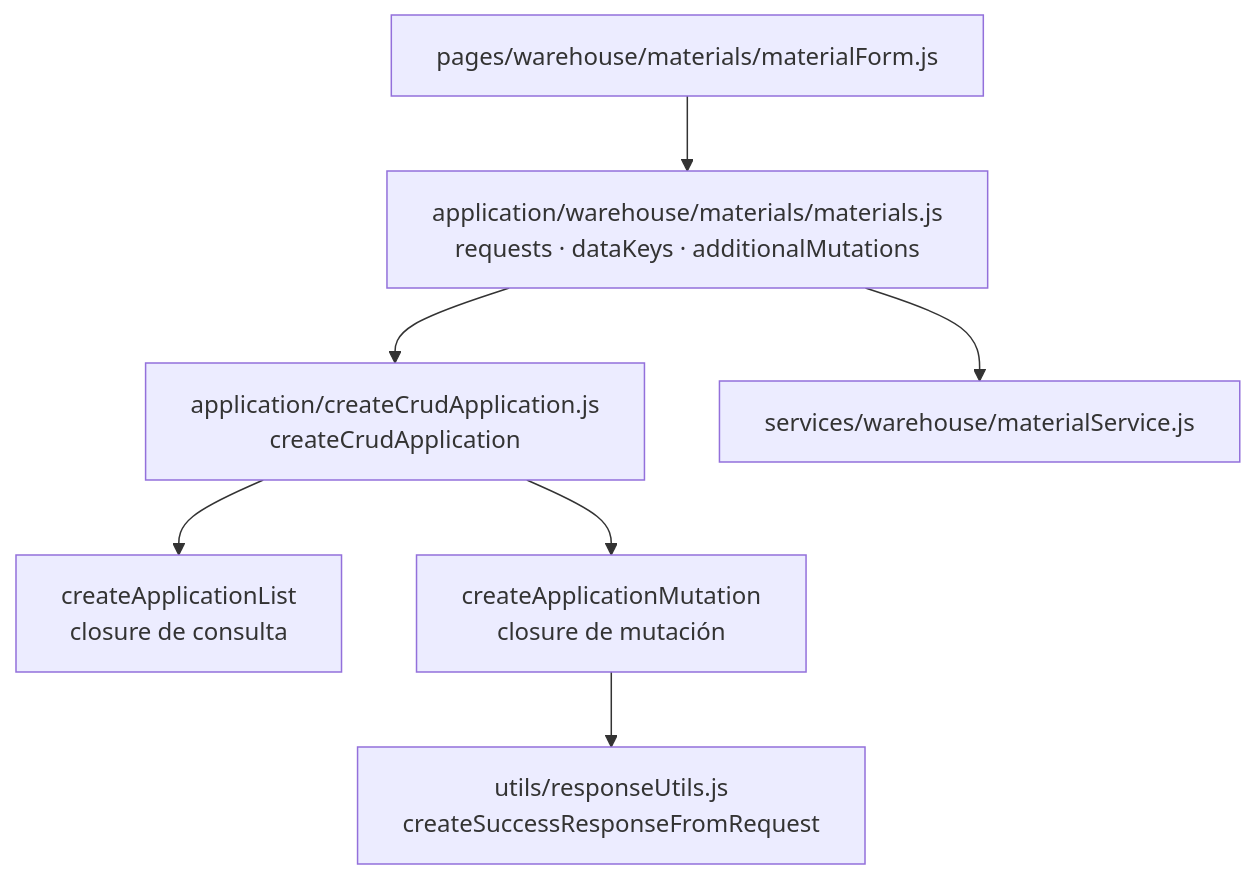
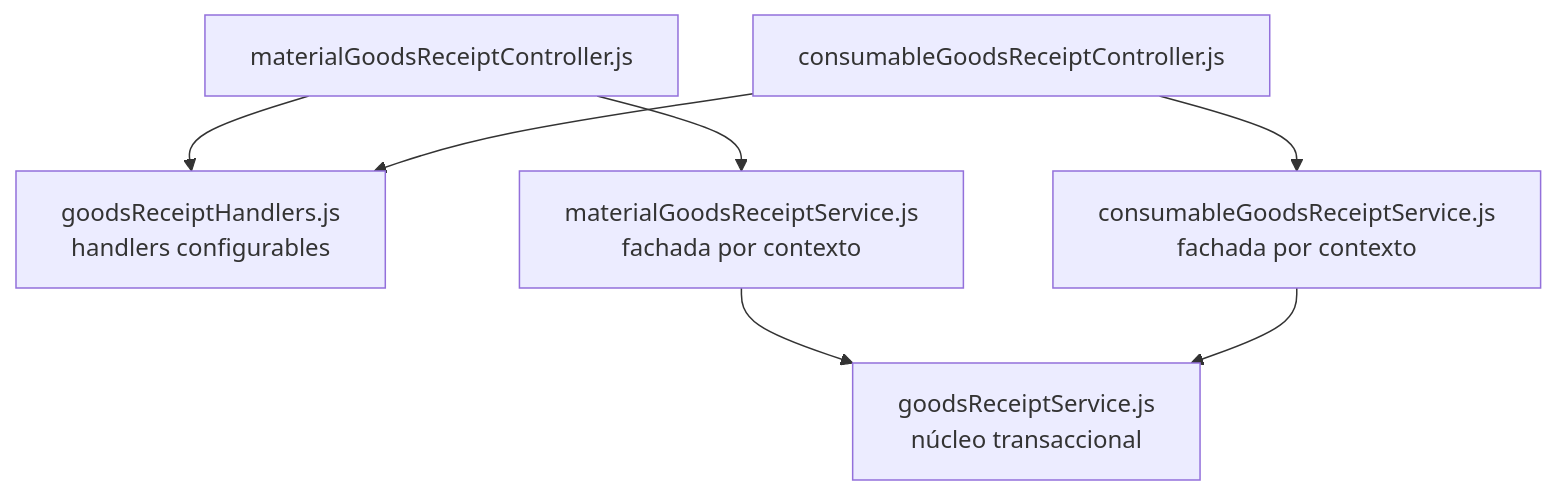
Before and after one commit to gpgsistemas01/nexus: the third of 5 diagrams in back/docs/architecture/views/development/design-and-construction-patterns/03-patterns-in-code.md, drawn with Mermaid. The commit also changed other lines of this file and 956 other files, not shown here.

````diff
--- a/back/docs/architecture/views/development/design-and-construction-patterns/03-patterns-in-code.md
+++ b/back/docs/architecture/views/development/design-and-construction-patterns/03-patterns-in-code.md
@@ -73,9 +72,9 @@
 ```mermaid
 flowchart TB
-    configurator["application/warehouse/materials/materials.js<br/>requests · dataKeys · additionalMutations"] --> factory["application/createCrudApplication.js<br/>createCrudApplication"]
-    configurator --> request["services/warehouse/materialService.js"]
-    factory --> list["createApplicationList<br/>closure de consulta"]
-    factory --> mutation["createApplicationMutation<br/>closure de mutación"]
-    mutation --> response["utils/responseUtils.js<br/>createSuccessResponseFromRequest"]
-    page["pages/warehouse/materials/materialForm.js"] --> configurator
+    materials["materialGoodsReceiptController.js"] --> handlers["goodsReceiptHandlers.js<br/>handlers configurables"]
+    materials --> services["materialGoodsReceiptService.js<br/>fachada por contexto"]
+    consumables["consumableGoodsReceiptController.js"] --> handlers
+    consumables --> consumableServices["consumableGoodsReceiptService.js<br/>fachada por contexto"]
+    services --> core["goodsReceiptService.js<br/>núcleo transaccional"]
+    consumableServices --> core
 ```
````
